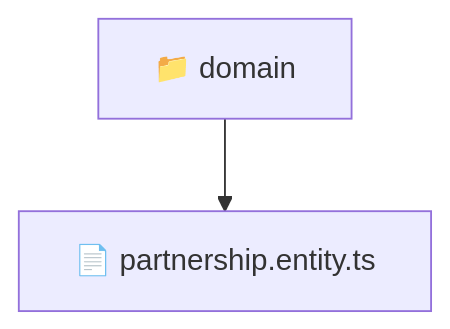
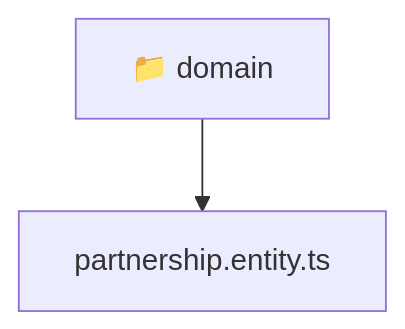
Before and after one commit to beginwebdev2002/fullstack-mavluda: the diagram in backend/src/modules/partnership/domain/README.md, drawn with Mermaid. The commit also changed other lines of this file and 167 other files, not shown here.

````diff
--- a/backend/src/modules/partnership/domain/README.md
+++ b/backend/src/modules/partnership/domain/README.md
@@ -9,5 +9,6 @@
 ```mermaid
 graph TD
-  Root["📁 domain"]
-  Root --> partnership_entity_ts["📄 partnership.entity.ts"]
+  Root_domain["📁 domain"]
+  f_partnership_entity_ts["partnership.entity.ts"]
+  Root_domain --> f_partnership_entity_ts
 ```
````
